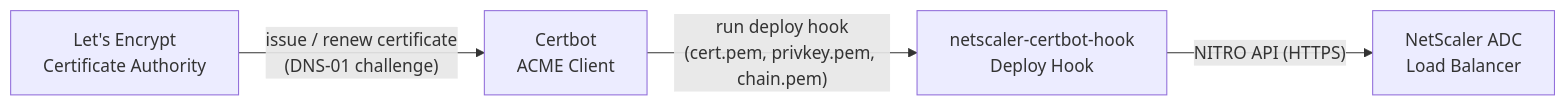
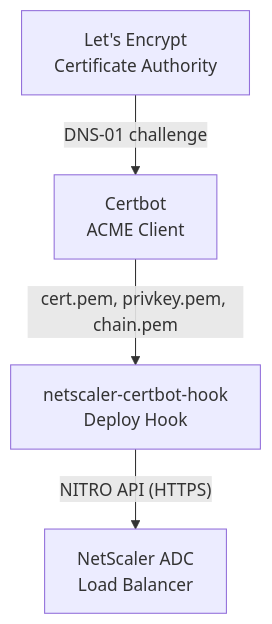
Before and after one commit to slauger/netscaler-certbot-hook: the first of 2 diagrams in README.md, drawn with Mermaid. The commit also changed other lines of this file, not shown here.

First line of the commit message:
docs: simplify architecture diagrams

````diff
--- a/README.md
+++ b/README.md
@@ -24,11 +24,11 @@
 ```mermaid
-flowchart LR
+flowchart TD
     LE["Let's Encrypt<br/>Certificate Authority"]
     CB["Certbot<br/>ACME Client"]
     Hook["netscaler-certbot-hook<br/>Deploy Hook"]
     NS["NetScaler ADC<br/>Load Balancer"]
 
-    LE -->|"issue / renew certificate<br/>(DNS-01 challenge)"| CB
-    CB -->|"run deploy hook<br/>(cert.pem, privkey.pem, chain.pem)"| Hook
+    LE -->|"DNS-01 challenge"| CB
+    CB -->|"cert.pem, privkey.pem, chain.pem"| Hook
     Hook -->|"NITRO API (HTTPS)"| NS
 ```
````
